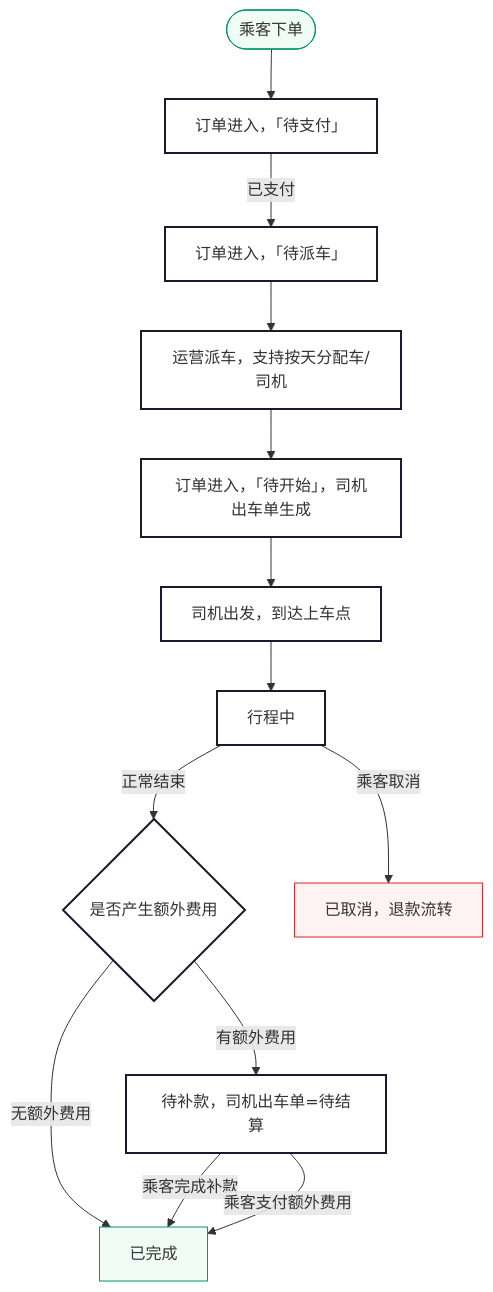
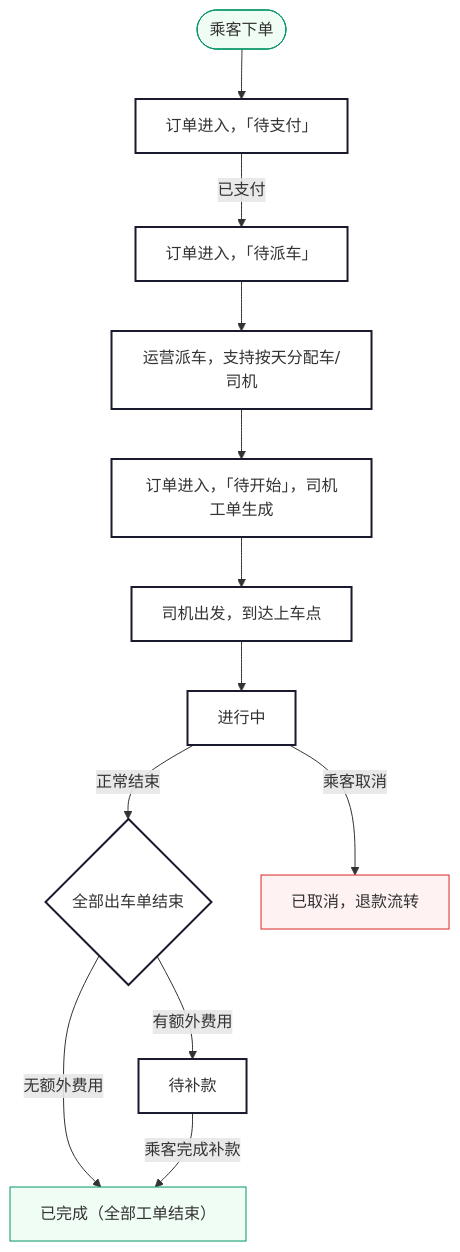
One commit to klayhuzhenx/zunchuxing changed the third of 6 diagrams in 运营端需求规格说明.md. Above: the diagram before and after it, drawn with Mermaid. The commit also changed other lines of this file and 84 other files, not shown here.

````diff
--- a/运营端需求规格说明.md
+++ b/运营端需求规格说明.md
@@ -639,22 +598,21 @@
 ```mermaid
 graph TD
     A(["乘客下单"]) --> B["订单进入，「待支付」"]
     B --> |已支付| C["订单进入，「待派车」"]
     C --> D["运营派车，支持按天分配车/司机"]
-    D --> E["订单进入，「待开始」，司机出车单生成"]
+    D --> E["订单进入，「待开始」，司机工单生成"]
     E --> F["司机出发，到达上车点"]
-    F --> G["行程中"]
-    G --> |正常结束| H{"是否产生额外费用"}
-    H --> |无额外费用| K["已完成"]
-    H --> |有额外费用| J["待补款，司机出车单=待结算"]
+    F --> G["进行中"]
+    G --> |正常结束| H{"全部出车单结束"}
+    H --> |无额外费用| K["已完成（全部工单结束）"]
+    H --> |有额外费用| J["待补款"]
     G --> |乘客取消| I["已取消，退款流转"]
     J --> |乘客完成补款| K
-    J --> |乘客支付额外费用| K
 
     classDef step fill:#fff,stroke:#1a1a2e,stroke-width:2px
     classDef terminal fill:#f0fdf4,stroke:#059669
     classDef warn fill:#fef2f2,stroke:#dc2626
     class B,C,D,E,F,G,H,J step
     class A,K terminal
     class I warn
 ```
````
